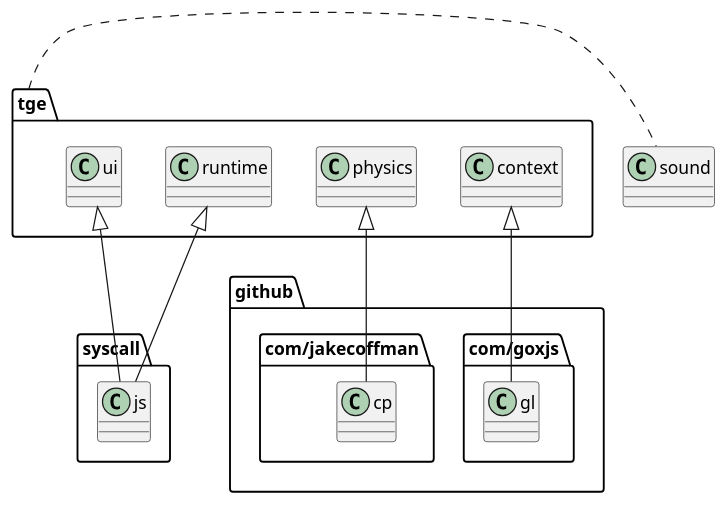
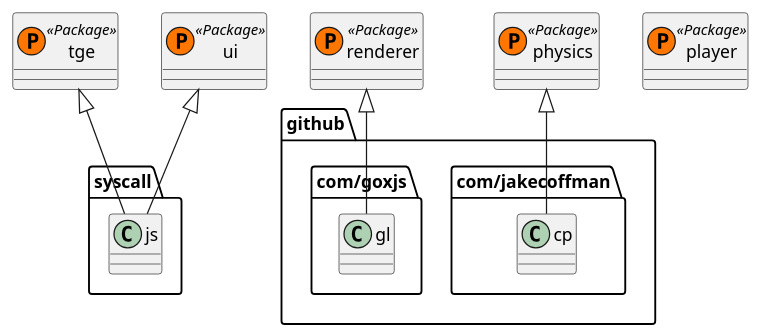
One commit to Thommil/tge changed the diagram in specs/browser-impl.puml. Above: the diagram before and after it, drawn with PlantUML. The commit also changed 21 other files, not shown here.

```diff
--- a/specs/browser-impl.puml
+++ b/specs/browser-impl.puml
@@ -2,7 +2,15 @@
 @startuml Browser Implementation
-tge.runtime <|-- "syscall.js"
-tge.context <|-- "github.com/goxjs.gl"
-tge.ui <|-- "syscall.js"
-tge.physics <|-- "github.com/jakecoffman.cp"
-tge.sound
+class tge << (P,#FF7700) Package >>
+tge <|-- "syscall.js"
+
+class renderer << (P,#FF7700) Package >>
+renderer <|-- "github.com/goxjs.gl"
+
+class ui << (P,#FF7700) Package >>
+ui <|-- "syscall.js"
+
+class physics << (P,#FF7700) Package >>
+physics <|-- "github.com/jakecoffman.cp"
+
+class player << (P,#FF7700) Package >>
 @enduml
```
